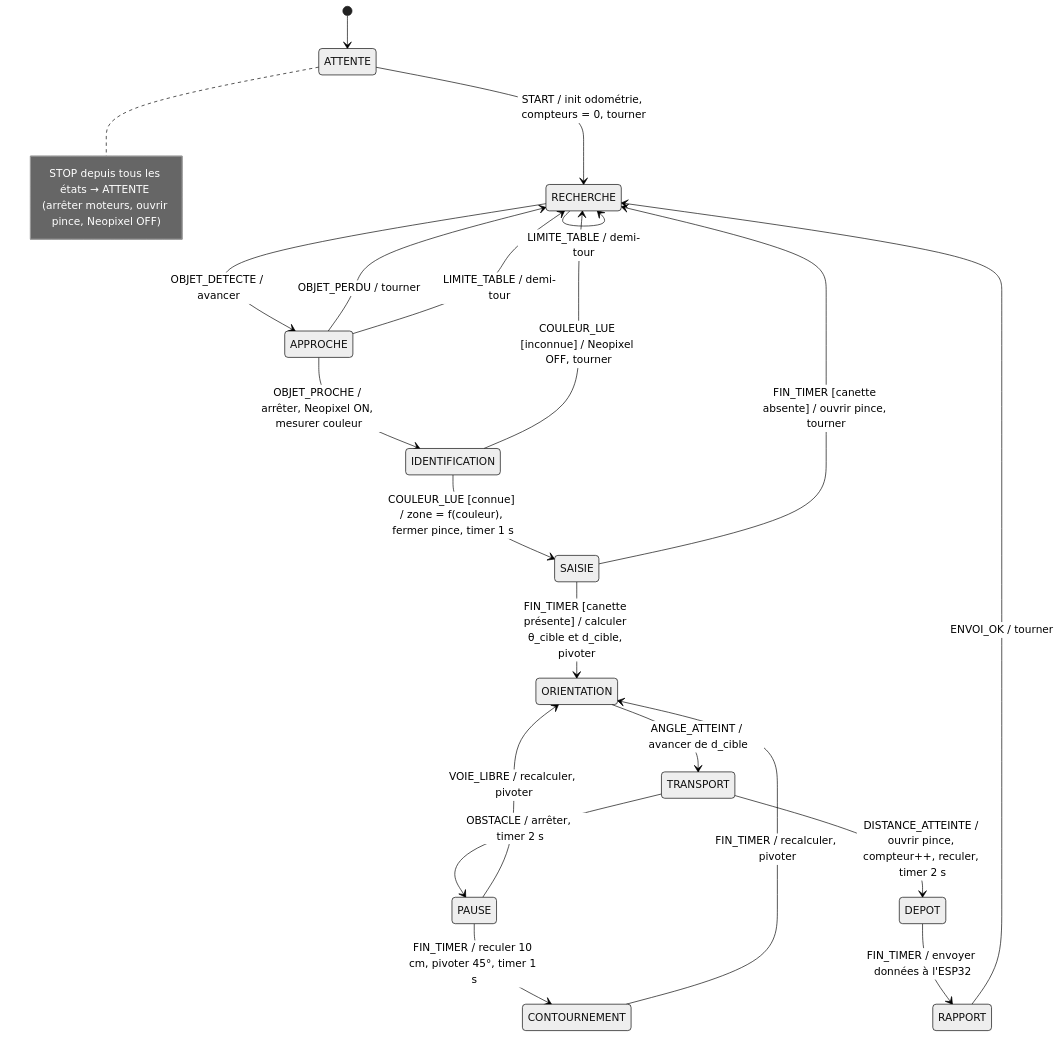
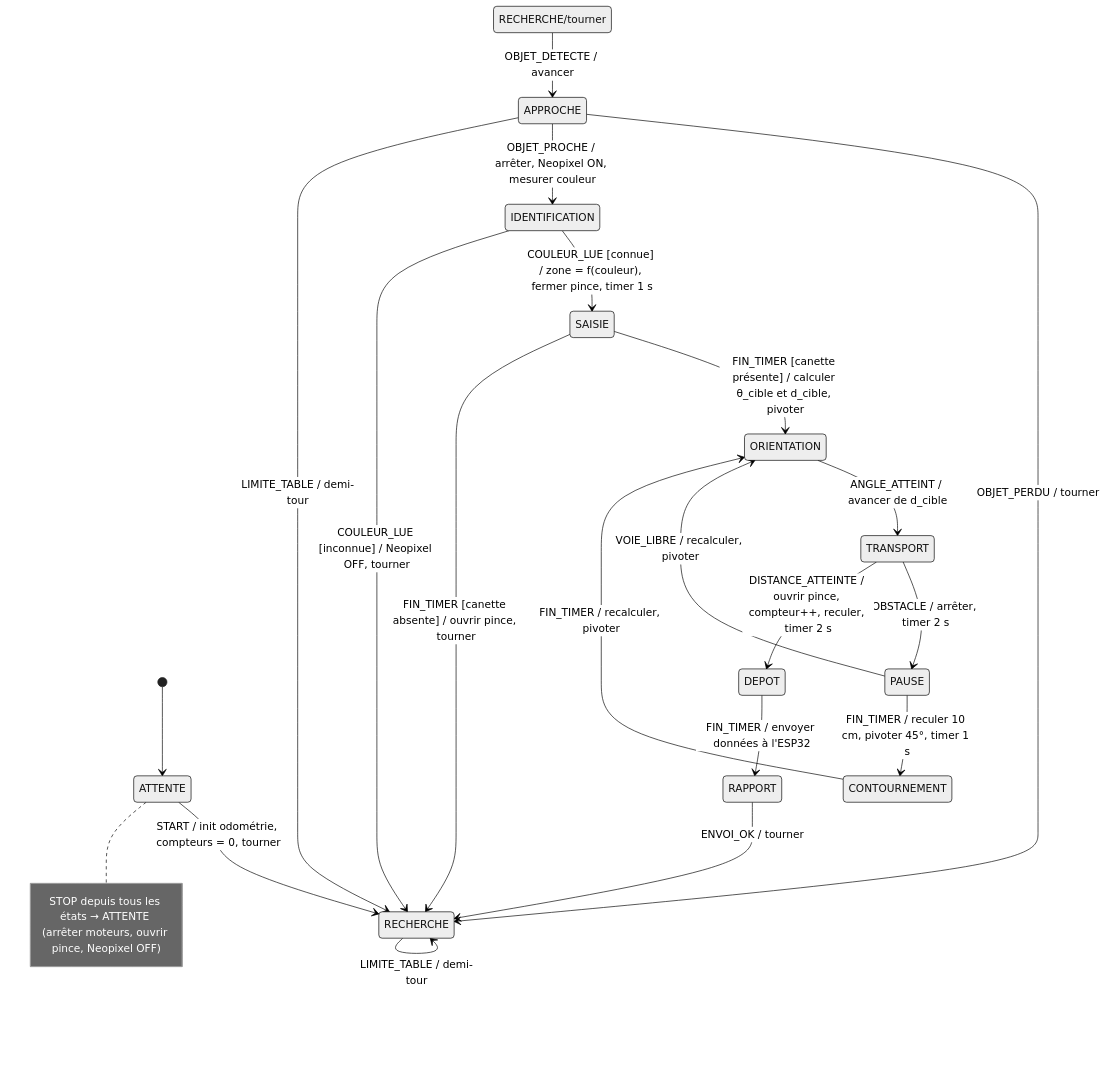
One commit to yasminchakroun31-sudo/2627_ESE_PROJET_Robot changed the diagram in README.md. Above: the diagram before and after it, drawn with Mermaid (neutral theme). The commit also changed 6 other files, not shown here.

````diff
--- a/README.md
+++ b/README.md
@@ -192,23 +192,23 @@
 ```mermaid
 stateDiagram-v2
     [*] --> ATTENTE
     ATTENTE --> RECHERCHE : START / init odométrie, compteurs = 0, tourner
-    RECHERCHE --> APPROCHE : OBJET_DETECTE / avancer
+    RECHERCHE/tourner  --> APPROCHE : OBJET_DETECTE / avancer
     APPROCHE --> RECHERCHE : OBJET_PERDU / tourner
     APPROCHE --> IDENTIFICATION : OBJET_PROCHE / arrêter, Neopixel ON, mesurer couleur
     IDENTIFICATION --> SAISIE : COULEUR_LUE [connue] / zone = f(couleur), fermer pince, timer 1 s
     IDENTIFICATION --> RECHERCHE : COULEUR_LUE [inconnue] / Neopixel OFF, tourner
     SAISIE --> ORIENTATION : FIN_TIMER [canette présente] / calculer θ_cible et d_cible, pivoter
     SAISIE --> RECHERCHE : FIN_TIMER [canette absente] / ouvrir pince, tourner
     ORIENTATION --> TRANSPORT : ANGLE_ATTEINT / avancer de d_cible
       TRANSPORT --> PAUSE : OBSTACLE / arrêter, timer 2 s
     PAUSE --> ORIENTATION : VOIE_LIBRE / recalculer, pivoter
     PAUSE --> CONTOURNEMENT : FIN_TIMER / reculer 10 cm, pivoter 45°, timer 1 s
     CONTOURNEMENT --> ORIENTATION : FIN_TIMER / recalculer, pivoter
     TRANSPORT --> DEPOT : DISTANCE_ATTEINTE / ouvrir pince, compteur++, reculer, timer 2 s
     DEPOT --> RAPPORT : FIN_TIMER / envoyer données à l'ESP32
     RAPPORT --> RECHERCHE : ENVOI_OK / tourner
     RECHERCHE --> RECHERCHE : LIMITE_TABLE / demi-tour
     APPROCHE --> RECHERCHE : LIMITE_TABLE / demi-tour
     note right of ATTENTE : STOP depuis tous les états → ATTENTE (arrêter moteurs, ouvrir pince, Neopixel OFF)
 ```
````
